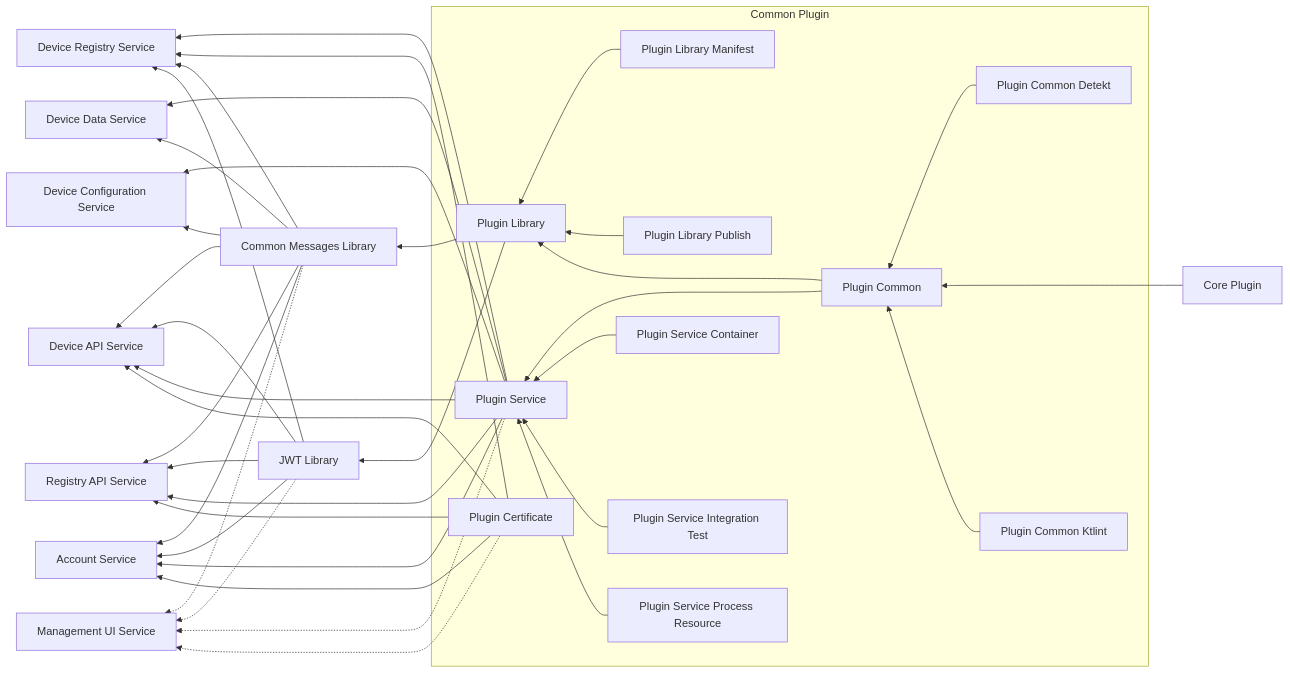
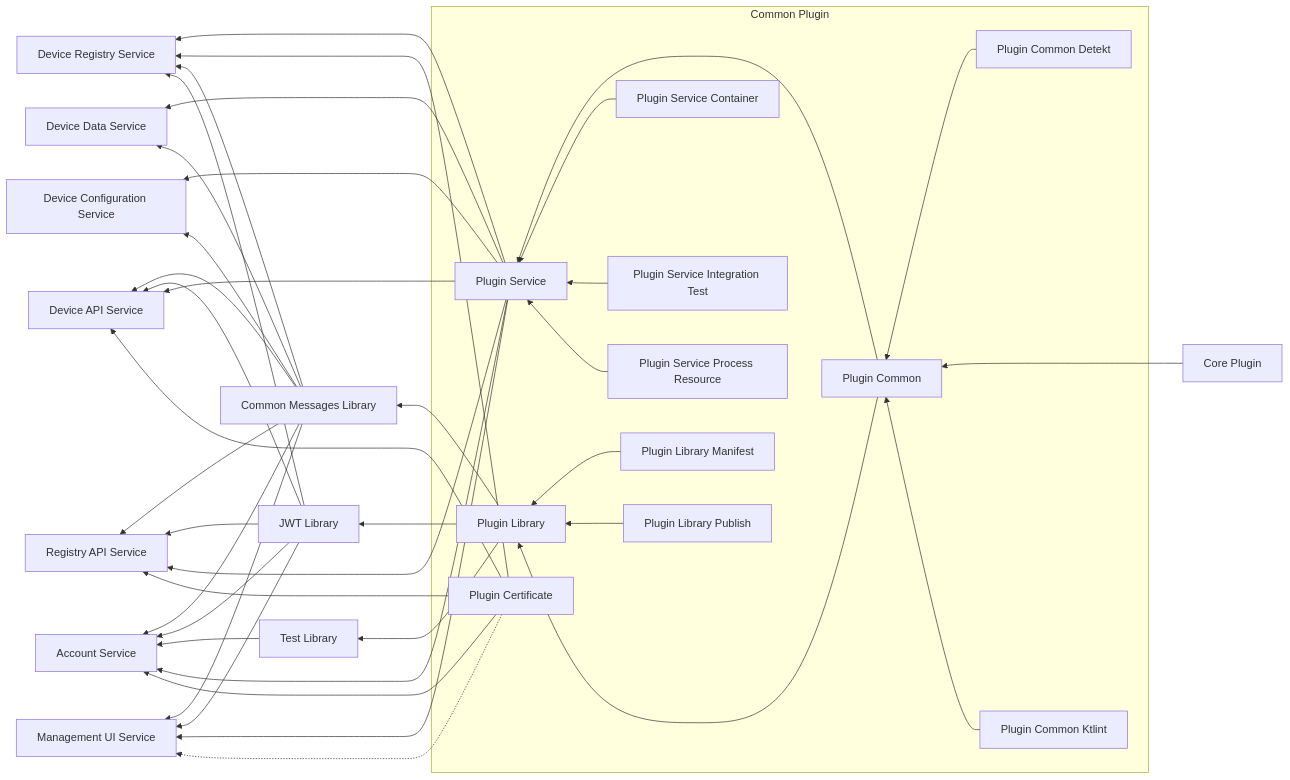
Before and after one commit to swordsteel/hlaeja-development: the second of 2 diagrams in doc/dependency.md, drawn with Mermaid. The commit also changed other lines of this file and 4 other files, not shown here.

````diff
--- a/doc/dependency.md
+++ b/doc/dependency.md
@@ -44,73 +44,77 @@
 ```mermaid
 graph RL
 ;
   CP[Core Plugin]
   subgraph SCP [Common Plugin]
     PL[Plugin Library]
     PLM[Plugin Library Manifest]
     PLP[Plugin Library Publish]
     PCo[Plugin Common]
     PCoD[Plugin Common Detekt]
     PCoK[Plugin Common Ktlint]
     PCe[Plugin Certificate]
     PS[Plugin Service]
     PSC[Plugin Service Container]
     PSIT[Plugin Service Integration Test]
     PSPR[Plugin Service Process Resource]
   end
   PLM --> PL
   PLP --> PL
   PCo ---> PL
   PCoD --> PCo
   CP ---> PCo
   PCoK --> PCo
   PCo ---> PS
   PSC --> PS
   PSIT --> PS
   PSPR --> PS
 
   CML[Common Messages Library]
   PL --> CML
 
-  JWT[JWT Library]
-  PL --> JWT
+  JL[JWT Library]
+  PL --> JL
+
+  TL[Test Library]
+  PL --> TL
 
   DRS[Device Registry Service]
   PS --> DRS
   PCe --> DRS
   CML --> DRS
-  JWT --> DRS
+  JL --> DRS
 
   DDS[Device Data Service]
   PS --> DDS
   CML --> DDS
 
   DCS[Device Configuration Service]
   PS --> DCS
   CML --> DCS
 
   DAS[Device API Service]
   CML --> DAS
-  JWT --> DAS
+  JL --> DAS
   PS --> DAS
   PCe --> DAS
 
   RAS[Registry API Service]
   CML --> RAS
-  JWT --> RAS
+  JL --> RAS
   PS --> RAS
   PCe --> RAS
 
   AS[Account Service]
   CML --> AS
-  JWT --> AS
+  JL --> AS
+  TL --> AS
   PS --> AS
   PCe --> AS
 
   MUS[Management UI Service]
-  CML -.-> MUS
-  JWT -.-> MUS
-  PS -.-> MUS
+  CML --> MUS
+  JL --> MUS
+  PS --> MUS
   PCe -.-> MUS
-  
+
 ```
````
